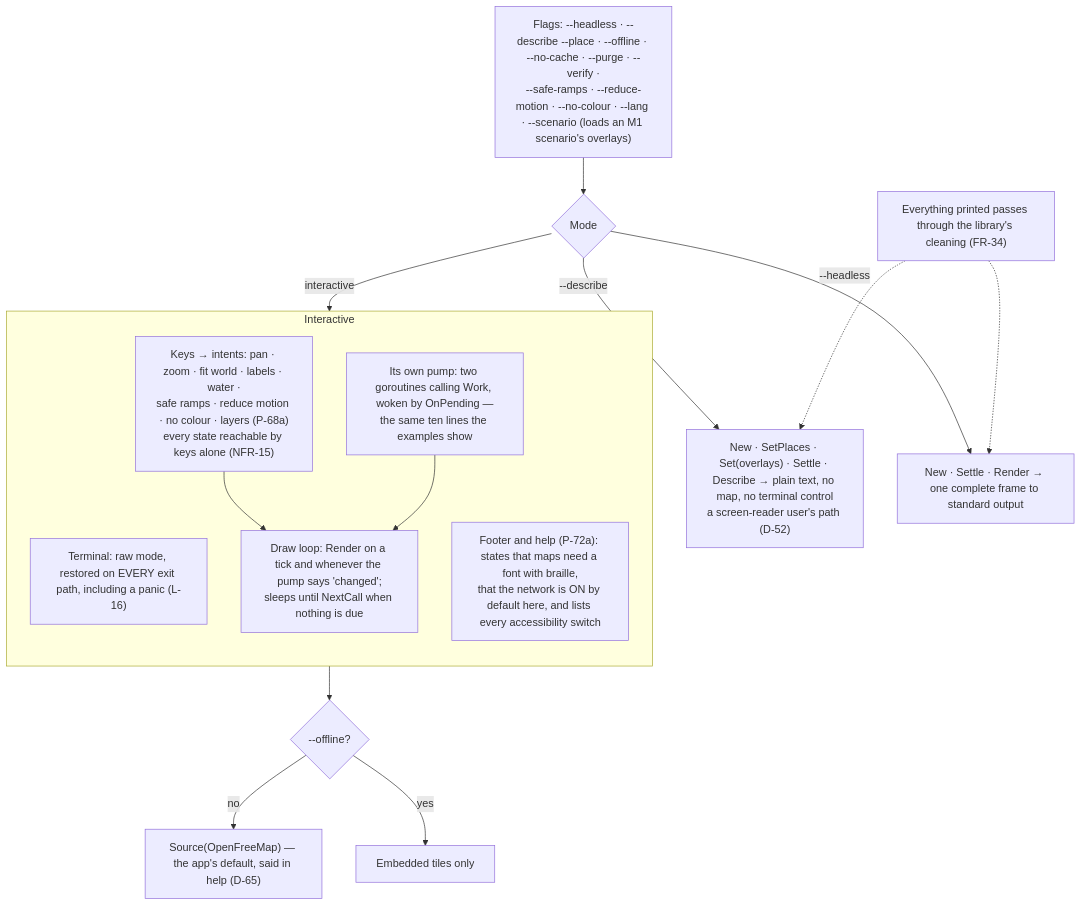
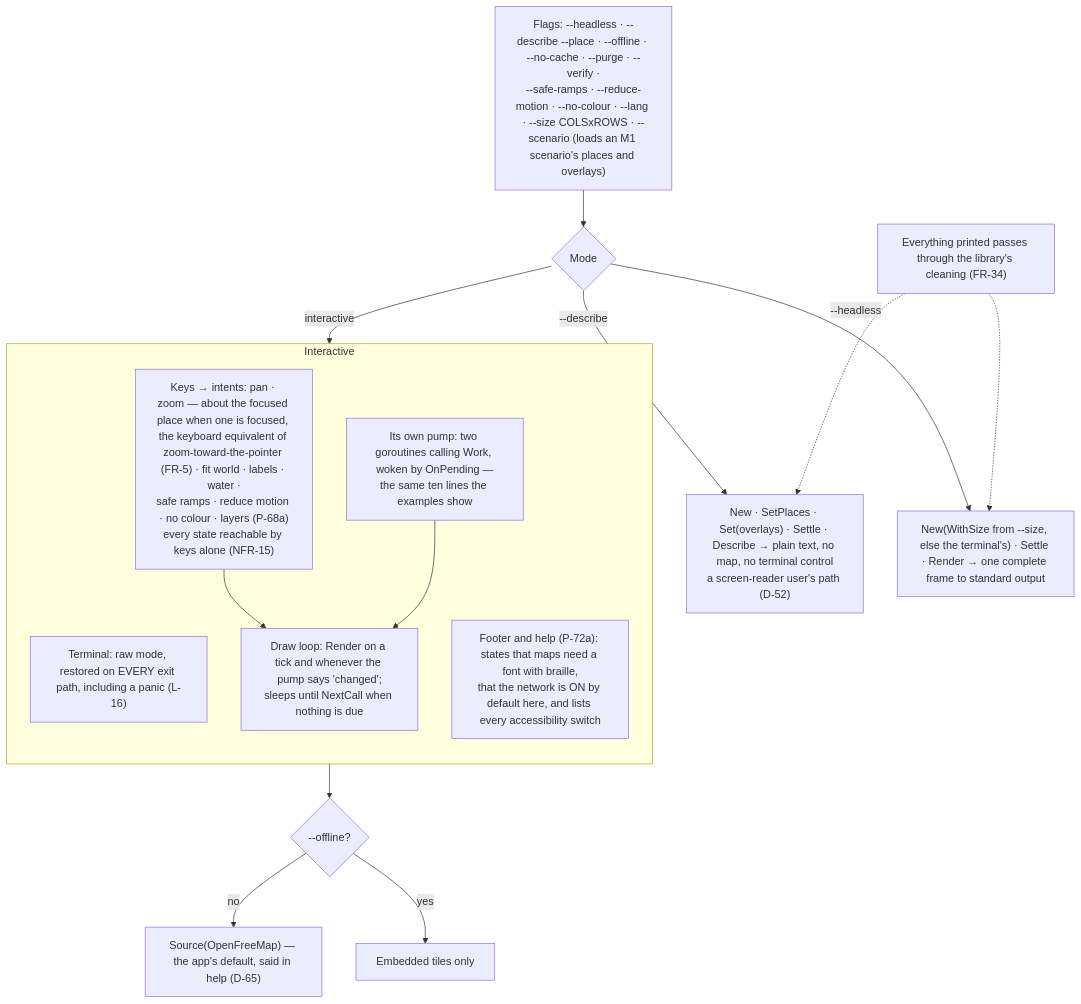
One commit to branden-thompson/go-tuimaps changed the diagram in 06_docs/02_features/go-tuimaps/03-architecture-design/L2-app.md. Above: the diagram before and after it, drawn with Mermaid. The commit also changed 17 other files, not shown here.

````diff
--- a/06_docs/02_features/go-tuimaps/03-architecture-design/L2-app.md
+++ b/06_docs/02_features/go-tuimaps/03-architecture-design/L2-app.md
@@ -7,23 +7,23 @@
 ```mermaid
 flowchart TB
-    ARGS["Flags: --headless · --describe --place · --offline · --no-cache · --purge · --verify ·<br/>--safe-ramps · --reduce-motion · --no-colour · --lang · --scenario (loads an M1 scenario's overlays)"] --> MODE{"Mode"}
+    ARGS["Flags: --headless · --describe --place · --offline · --no-cache · --purge · --verify ·<br/>--safe-ramps · --reduce-motion · --no-colour · --lang · --size COLSxROWS · --scenario (loads an M1 scenario's places and overlays)"] --> MODE{"Mode"}
     MODE -- "--describe" --> D["New · SetPlaces · Set(overlays) · Settle · Describe → plain text, no map, no terminal control<br/>a screen-reader user's path (D-52)"]
-    MODE -- "--headless" --> HL["New · Settle · Render → one complete frame to standard output"]
+    MODE -- "--headless" --> HL["New(WithSize from --size, else the terminal's) · Settle · Render → one complete frame to standard output"]
     MODE -- "interactive" --> TUI
 
     subgraph TUI["Interactive"]
       direction TB
       TERM["Terminal: raw mode, restored on EVERY exit path, including a panic (L-16)"]
-      KEYS["Keys → intents: pan · zoom · fit world · labels · water ·<br/>safe ramps · reduce motion · no colour · layers (P-68a)<br/>every state reachable by keys alone (NFR-15)"]
+      KEYS["Keys → intents: pan · zoom — about the focused place when one is focused, the keyboard equivalent of zoom-toward-the-pointer (FR-5) · fit world · labels · water ·<br/>safe ramps · reduce motion · no colour · layers (P-68a)<br/>every state reachable by keys alone (NFR-15)"]
       LOOP["Draw loop: Render on a tick and whenever the pump says 'changed';<br/>sleeps until NextCall when nothing is due"]
       PUMP["Its own pump: two goroutines calling Work, woken by OnPending —<br/>the same ten lines the examples show"]
       FOOT["Footer and help (P-72a): states that maps need a font with braille,<br/>that the network is ON by default here, and lists every accessibility switch"]
       KEYS --> LOOP
       PUMP --> LOOP
     end
     TUI --> NET{"--offline?"}
     NET -- no --> ON["Source(OpenFreeMap) — the app's default, said in help (D-65)"]
     NET -- yes --> OFF["Embedded tiles only"]
     OUTR["Everything printed passes through the library's cleaning (FR-34)"] -.-> D
     OUTR -.-> HL
 ```
````
